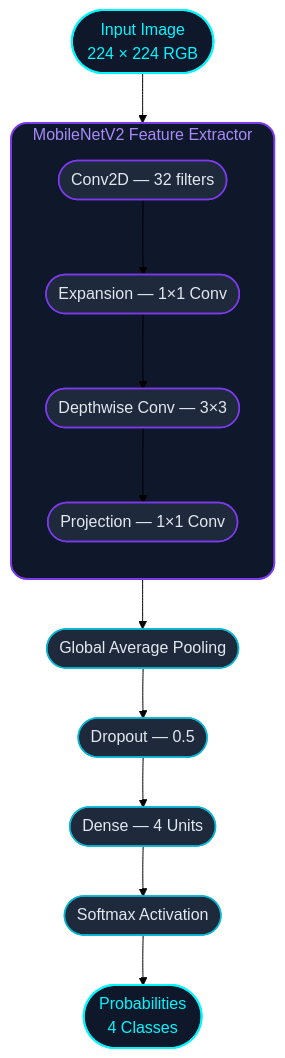
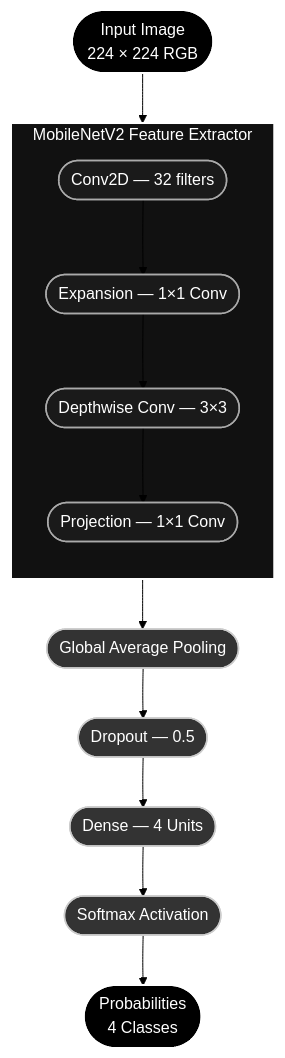
One commit to yashnaiduu/NeuroScan changed the diagram in README.md. Above: the diagram before and after it, drawn with Mermaid (forest theme). The commit also changed other lines of this file, not shown here.

Commit message:
fix: use raw GitHub URL for preview GIF and make architecture diagram black & white

````diff
--- a/README.md
+++ b/README.md
@@ -83,34 +83,34 @@
 ```mermaid
 flowchart TD
     Input([" Input Image\n 224 × 224 RGB "])
 
     subgraph MobileNetV2["  MobileNetV2 Feature Extractor  "]
         direction TB
         Conv1(["Conv2D — 32 filters"])
         Exp(["Expansion — 1×1 Conv"])
         DW(["Depthwise Conv — 3×3"])
         Proj(["Projection — 1×1 Conv"])
         Conv1 --> Exp --> DW --> Proj
     end
 
     GAP(["Global Average Pooling"])
     Dropout(["Dropout — 0.5"])
     Dense(["Dense — 4 Units"])
     Softmax(["Softmax Activation"])
     Output([" Probabilities\n 4 Classes "])
 
     Input --> Conv1
     Proj --> GAP --> Dropout --> Dense --> Softmax --> Output
 
-    style Input     fill:#0f172a,stroke:#00f7ff,stroke-width:2px,color:#00f7ff,rx:20
-    style Output    fill:#0f172a,stroke:#00f7ff,stroke-width:2px,color:#00f7ff,rx:20
-    style Conv1     fill:#1e293b,stroke:#7c3aed,stroke-width:1.5px,color:#e2e8f0,rx:12
-    style Exp       fill:#1e293b,stroke:#7c3aed,stroke-width:1.5px,color:#e2e8f0,rx:12
-    style DW        fill:#1e293b,stroke:#7c3aed,stroke-width:1.5px,color:#e2e8f0,rx:12
-    style Proj      fill:#1e293b,stroke:#7c3aed,stroke-width:1.5px,color:#e2e8f0,rx:12
-    style GAP       fill:#1e293b,stroke:#06b6d4,stroke-width:1.5px,color:#e2e8f0,rx:12
-    style Dropout   fill:#1e293b,stroke:#06b6d4,stroke-width:1.5px,color:#e2e8f0,rx:12
-    style Dense     fill:#1e293b,stroke:#06b6d4,stroke-width:1.5px,color:#e2e8f0,rx:12
-    style Softmax   fill:#1e293b,stroke:#06b6d4,stroke-width:1.5px,color:#e2e8f0,rx:12
-    style MobileNetV2 fill:#0f172a,stroke:#7c3aed,stroke-width:2px,color:#a78bfa,rx:16
+    style Input     fill:#000000,stroke:#ffffff,stroke-width:2px,color:#ffffff
+    style Output    fill:#000000,stroke:#ffffff,stroke-width:2px,color:#ffffff
+    style Conv1     fill:#1a1a1a,stroke:#aaaaaa,stroke-width:1.5px,color:#ffffff
+    style Exp       fill:#1a1a1a,stroke:#aaaaaa,stroke-width:1.5px,color:#ffffff
+    style DW        fill:#1a1a1a,stroke:#aaaaaa,stroke-width:1.5px,color:#ffffff
+    style Proj      fill:#1a1a1a,stroke:#aaaaaa,stroke-width:1.5px,color:#ffffff
+    style GAP       fill:#333333,stroke:#cccccc,stroke-width:1.5px,color:#ffffff
+    style Dropout   fill:#333333,stroke:#cccccc,stroke-width:1.5px,color:#ffffff
+    style Dense     fill:#333333,stroke:#cccccc,stroke-width:1.5px,color:#ffffff
+    style Softmax   fill:#333333,stroke:#cccccc,stroke-width:1.5px,color:#ffffff
+    style MobileNetV2 fill:#111111,stroke:#ffffff,stroke-width:2px,color:#ffffff
 ```
````
